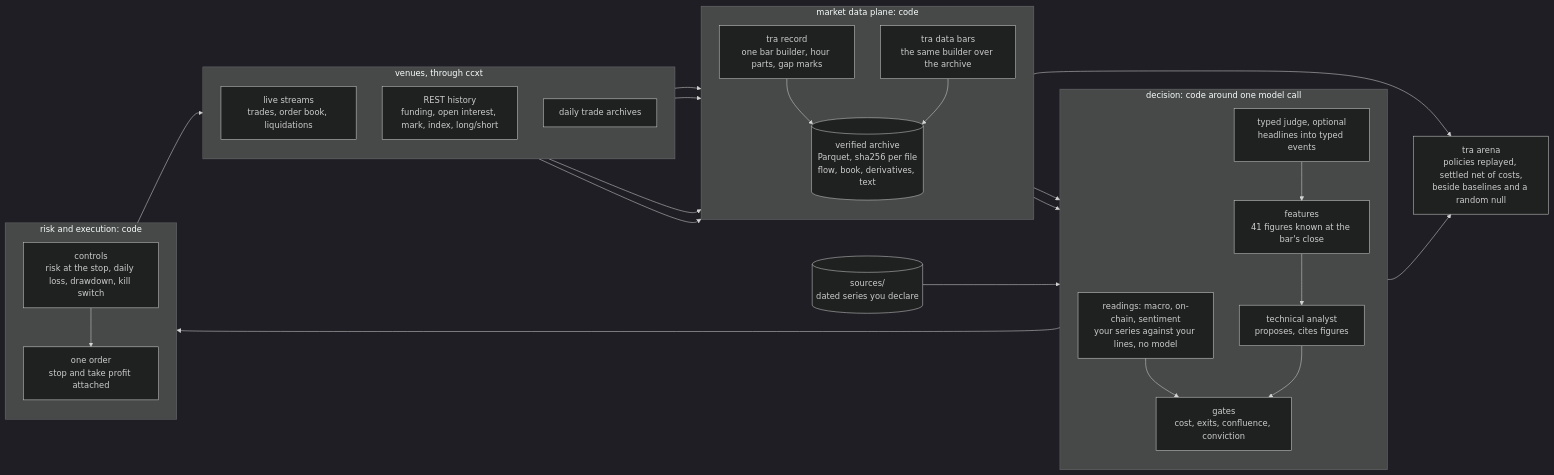
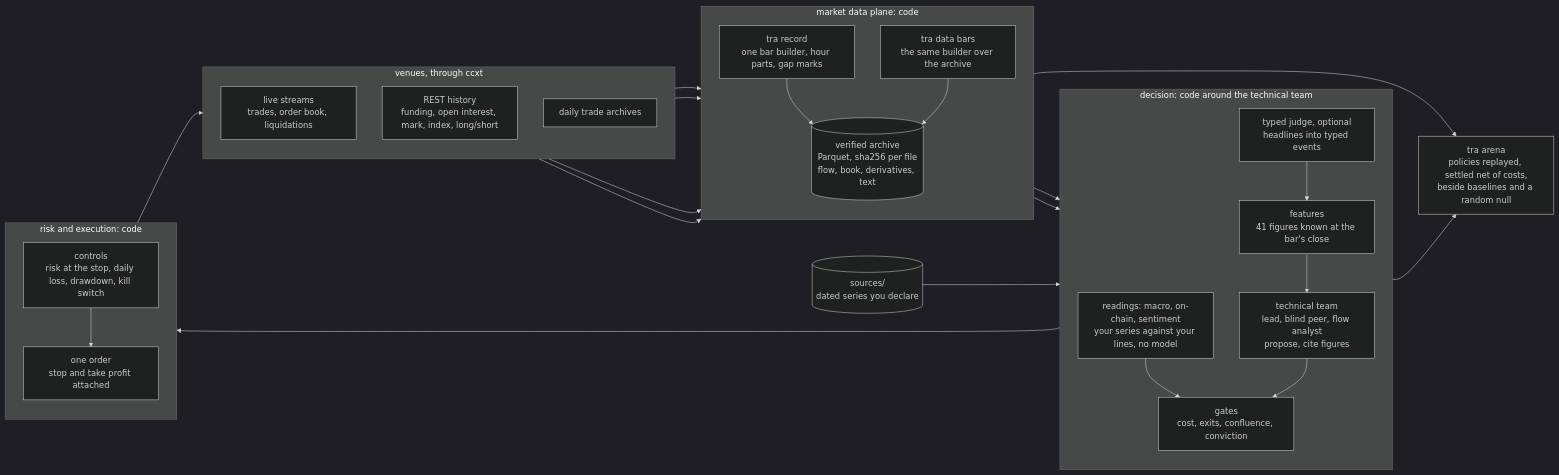
The first of 2 diagrams in README.md (BijectiveLabs/bitra), drawn with Mermaid (dark theme) before and after one commit. The commit also changed other lines of this file and 6 other files, not shown here.

Commit message:
Docs: the technical team and the judge's check

````diff
--- a/README.md
+++ b/README.md
@@ -106,40 +106,40 @@
 ```mermaid
 flowchart LR
     subgraph venues["venues, through ccxt"]
         direction TB
         streams["live streams<br/>trades, order book, liquidations"]
         rest["REST history<br/>funding, open interest, mark, index, long/short"]
         archives["daily trade archives"]
     end
     subgraph plane["market data plane: code"]
         direction TB
         record["tra record<br/>one bar builder, hour parts, gap marks"]
         bars["tra data bars<br/>the same builder over the archive"]
         store[("verified archive<br/>Parquet, sha256 per file<br/>flow, book, derivatives, text")]
     end
-    subgraph decide["decision: code around one model call"]
+    subgraph decide["decision: code around the technical team"]
         direction TB
         judge["typed judge, optional<br/>headlines into typed events"]
         features["features<br/>41 figures known at the bar's close"]
         readings["readings: macro, on-chain, sentiment<br/>your series against your lines, no model"]
-        analyst["technical analyst<br/>proposes, cites figures"]
+        analyst["technical team<br/>lead, blind peer, flow analyst<br/>propose, cite figures"]
         gates["gates<br/>cost, exits, confluence, conviction"]
     end
     shelf[("sources/<br/>dated series you declare")]
     subgraph act["risk and execution: code"]
         direction TB
         risk["controls<br/>risk at the stop, daily loss, drawdown, kill switch"]
         order["one order<br/>stop and take profit attached"]
     end
     arena["tra arena<br/>policies replayed, settled net of costs,<br/>beside baselines and a random null"]
     streams --> record --> store
     archives --> bars --> store
     rest --> record
     rest --> bars
     store --> features
     store --> judge --> features
     shelf --> readings --> gates
     features --> analyst --> gates --> risk --> order --> venues
     store --> arena
     features --> arena
 ```
````
